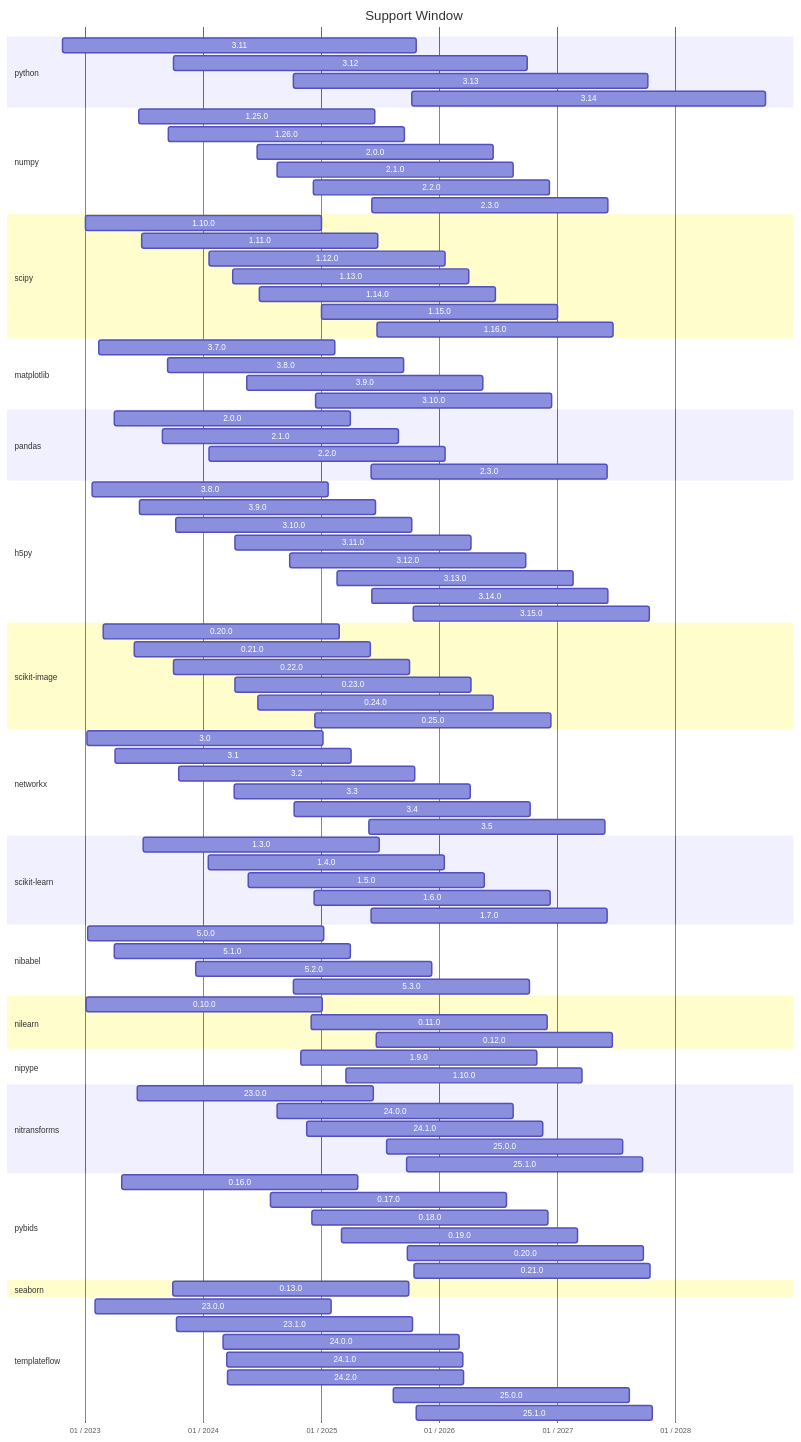
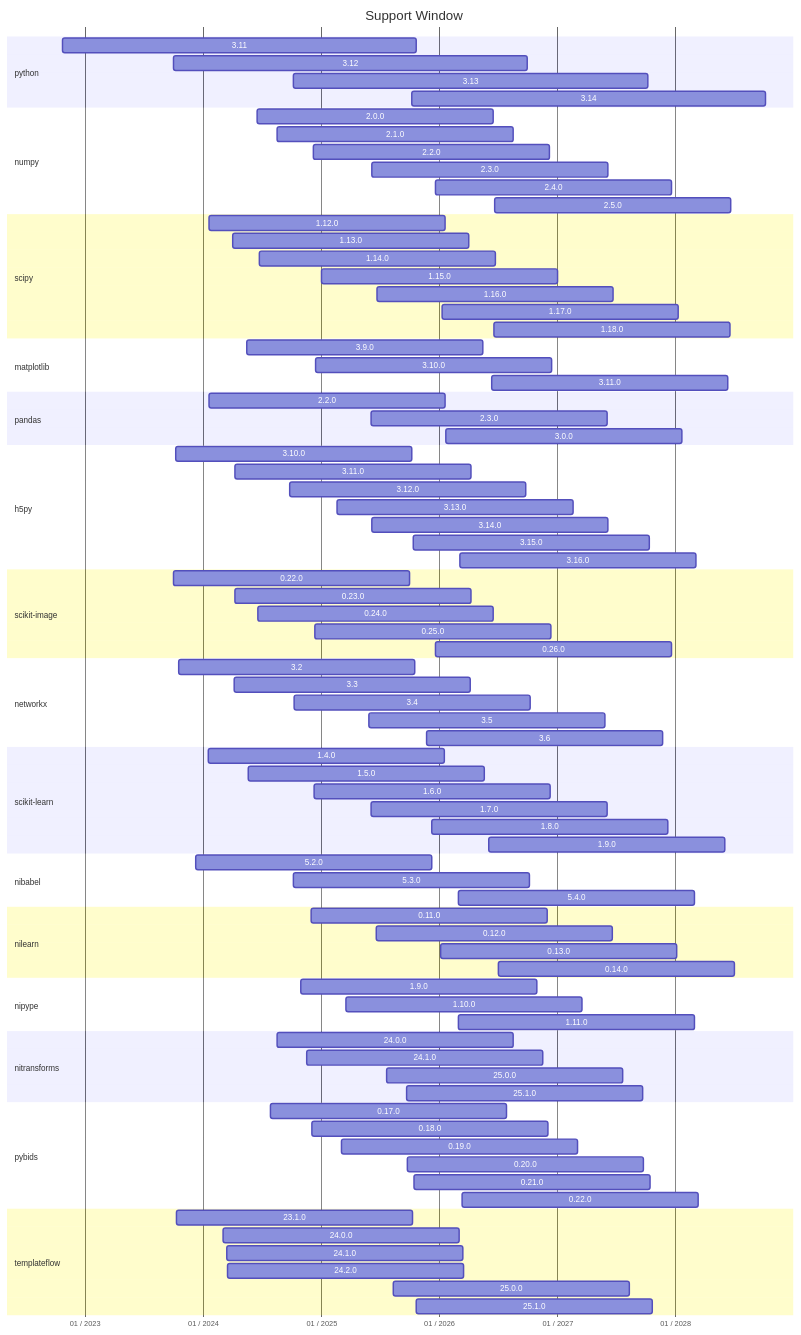
Before and after one commit to nipreps/speczeroplus: the diagram in spec-0000/chart.md, drawn with Mermaid. The commit also changed 3 other files, not shown here.

```diff
--- a/spec-0000/chart.md
+++ b/spec-0000/chart.md
@@ -11,102 +11,96 @@
 3.14 : 2025-10-07,2028-10-06
 
 section numpy
-1.25.0 : 2023-06-17,2025-06-16
-1.26.0 : 2023-09-16,2025-09-15
 2.0.0 : 2024-06-16,2026-06-16
 2.1.0 : 2024-08-18,2026-08-18
 2.2.0 : 2024-12-08,2026-12-08
 2.3.0 : 2025-06-07,2027-06-07
+2.4.0 : 2025-12-20,2027-12-20
+2.5.0 : 2026-06-21,2028-06-20
 
 section scipy
-1.10.0 : 2023-01-03,2025-01-02
-1.11.0 : 2023-06-25,2025-06-24
 1.12.0 : 2024-01-20,2026-01-19
 1.13.0 : 2024-04-02,2026-04-02
 1.14.0 : 2024-06-24,2026-06-24
 1.15.0 : 2025-01-03,2027-01-03
 1.16.0 : 2025-06-22,2027-06-22
+1.17.0 : 2026-01-10,2028-01-10
+1.18.0 : 2026-06-19,2028-06-18
 
 section matplotlib
-3.7.0 : 2023-02-13,2025-02-12
-3.8.0 : 2023-09-15,2025-09-14
 3.9.0 : 2024-05-15,2026-05-15
 3.10.0 : 2024-12-14,2026-12-14
+3.11.0 : 2026-06-12,2028-06-11
 
 section pandas
-2.0.0 : 2023-04-03,2025-04-02
-2.1.0 : 2023-08-30,2025-08-29
 2.2.0 : 2024-01-20,2026-01-19
 2.3.0 : 2025-06-05,2027-06-05
+3.0.0 : 2026-01-21,2028-01-21
 
 section h5py
-3.8.0 : 2023-01-23,2025-01-22
-3.9.0 : 2023-06-20,2025-06-19
 3.10.0 : 2023-10-09,2025-10-08
 3.11.0 : 2024-04-10,2026-04-10
 3.12.0 : 2024-09-25,2026-09-25
 3.13.0 : 2025-02-18,2027-02-18
 3.14.0 : 2025-06-06,2027-06-06
 3.15.0 : 2025-10-13,2027-10-13
+3.16.0 : 2026-03-06,2028-03-05
 
 section scikit-image
-0.20.0 : 2023-02-28,2025-02-27
-0.21.0 : 2023-06-02,2025-06-01
 0.22.0 : 2023-10-03,2025-10-02
 0.23.0 : 2024-04-10,2026-04-10
 0.24.0 : 2024-06-18,2026-06-18
 0.25.0 : 2024-12-13,2026-12-13
+0.26.0 : 2025-12-20,2027-12-20
 
 section networkx
-3.0 : 2023-01-08,2025-01-07
-3.1 : 2023-04-04,2025-04-03
 3.2 : 2023-10-19,2025-10-18
 3.3 : 2024-04-06,2026-04-06
 3.4 : 2024-10-10,2026-10-10
 3.5 : 2025-05-29,2027-05-29
+3.6 : 2025-11-24,2027-11-24
 
 section scikit-learn
-1.3.0 : 2023-06-30,2025-06-29
 1.4.0 : 2024-01-18,2026-01-17
 1.5.0 : 2024-05-21,2026-05-21
 1.6.0 : 2024-12-09,2026-12-09
 1.7.0 : 2025-06-05,2027-06-05
+1.8.0 : 2025-12-10,2027-12-10
+1.9.0 : 2026-06-02,2028-06-01
 
 section nibabel
-5.0.0 : 2023-01-09,2025-01-08
-5.1.0 : 2023-04-03,2025-04-02
 5.2.0 : 2023-12-11,2025-12-10
 5.3.0 : 2024-10-08,2026-10-08
+5.4.0 : 2026-03-02,2028-03-01
 
 section nilearn
-0.10.0 : 2023-01-06,2025-01-05
 0.11.0 : 2024-12-02,2026-12-02
 0.12.0 : 2025-06-21,2027-06-21
+0.13.0 : 2026-01-05,2028-01-05
+0.14.0 : 2026-07-02,2028-07-01
 
 section nipype
 1.9.0 : 2024-10-31,2026-10-31
 1.10.0 : 2025-03-19,2027-03-19
+1.11.0 : 2026-03-02,2028-03-01
 
 section nitransforms
-23.0.0 : 2023-06-13,2025-06-12
 24.0.0 : 2024-08-18,2026-08-18
 24.1.0 : 2024-11-17,2026-11-17
 25.0.0 : 2025-07-22,2027-07-22
 25.1.0 : 2025-09-22,2027-09-22
 
 section pybids
-0.16.0 : 2023-04-26,2025-04-25
 0.17.0 : 2024-07-29,2026-07-29
 0.18.0 : 2024-12-04,2026-12-04
 0.19.0 : 2025-03-05,2027-03-05
 0.20.0 : 2025-09-24,2027-09-24
 0.21.0 : 2025-10-16,2027-10-16
+0.22.0 : 2026-03-12,2028-03-11
 
 section seaborn
-0.13.0 : 2023-09-29,2025-09-28
 
 section templateflow
-23.0.0 : 2023-02-02,2025-02-01
 23.1.0 : 2023-10-12,2025-10-11
 24.0.0 : 2024-03-04,2026-03-04
 24.1.0 : 2024-03-15,2026-03-15
```
